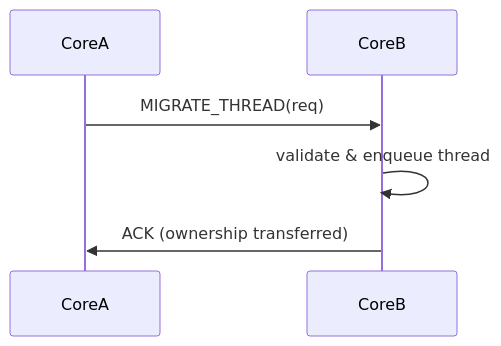
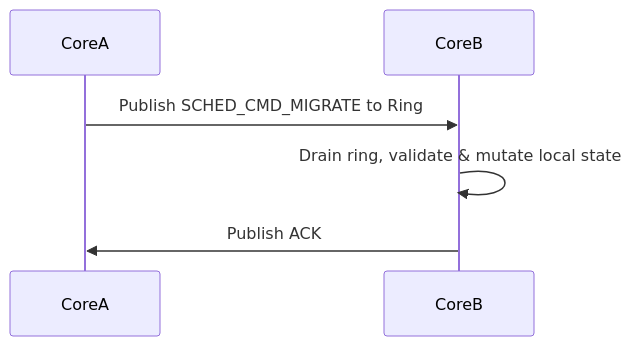
The fifth of 8 diagrams in docs/architecture/kernel/process_thread.md (CloudCarpentry/Bharat-OS), drawn with Mermaid before and after one commit. The commit also changed other lines of this file and 702 other files, not shown here.

````diff
--- a/docs/architecture/kernel/process_thread.md
+++ b/docs/architecture/kernel/process_thread.md
@@ -179,9 +196,9 @@
 ```mermaid
 sequenceDiagram
     participant CoreA
     participant CoreB
 
-    CoreA->>CoreB: MIGRATE_THREAD(req)
-    CoreB->>CoreB: validate & enqueue thread
-    CoreB->>CoreA: ACK (ownership transferred)
+    CoreA->>CoreB: Publish SCHED_CMD_MIGRATE to Ring
+    CoreB->>CoreB: Drain ring, validate & mutate local state
+    CoreB->>CoreA: Publish ACK
 ```
````
